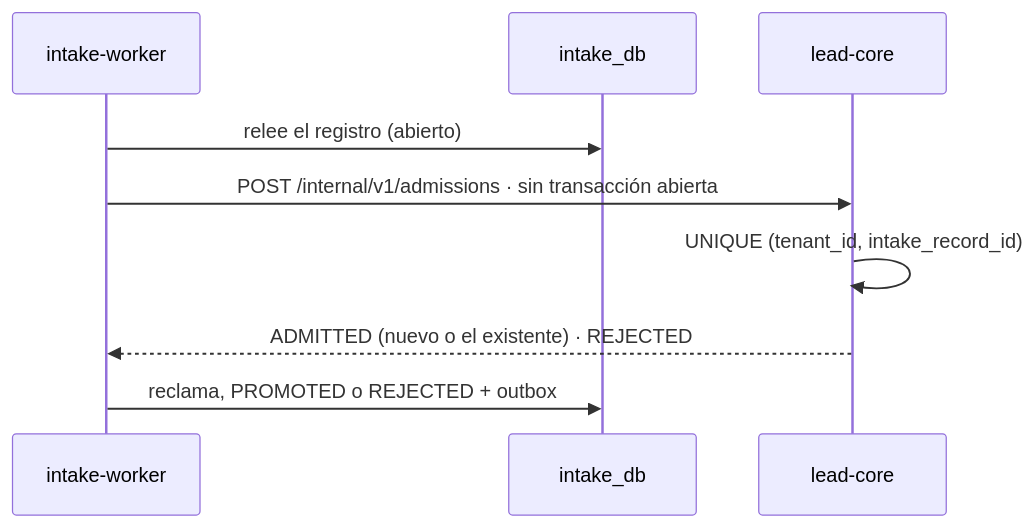
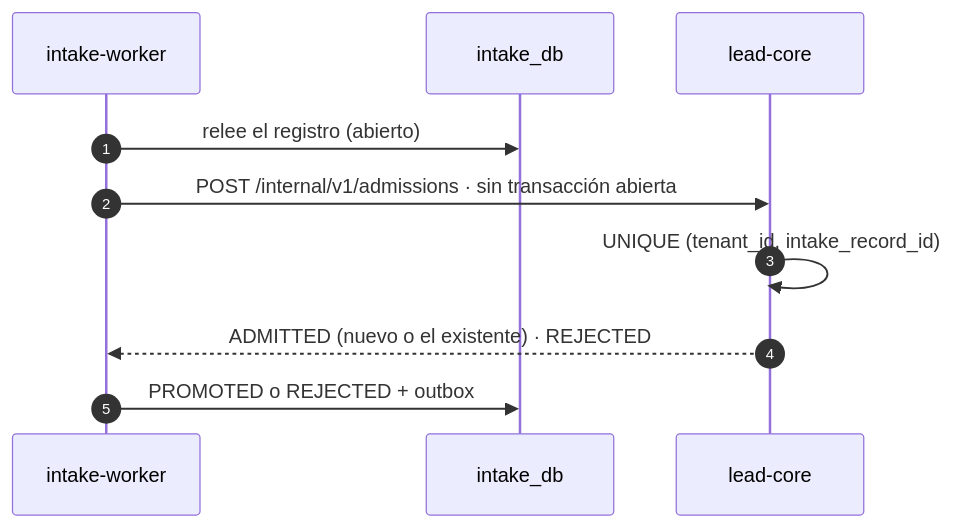
One commit to MDCIrony/leads-hexa changed the eighth of 8 diagrams in .slides-microservices/slides.md. Above: the diagram before and after it, drawn with Mermaid. The commit also changed other lines of this file and 1 other file, not shown here.

Commit message:
docs(slides): simplify the deck and explain the edge and the event flow

````diff
--- a/.slides-microservices/slides.md
+++ b/.slides-microservices/slides.md
@@ -637,11 +510,12 @@
-```mermaid {scale: 0.46}
+```mermaid {scale: 0.5}
 sequenceDiagram
+    autonumber
     participant W as intake-worker
     participant IDB as intake_db
     participant LC as lead-core
     W->>IDB: relee el registro (abierto)
     W->>LC: POST /internal/v1/admissions · sin transacción abierta
     LC->>LC: UNIQUE (tenant_id, intake_record_id)
     LC-->>W: ADMITTED (nuevo o el existente) · REJECTED
-    W->>IDB: reclama, PROMOTED o REJECTED + outbox
+    W->>IDB: PROMOTED o REJECTED + outbox
 ```
````
